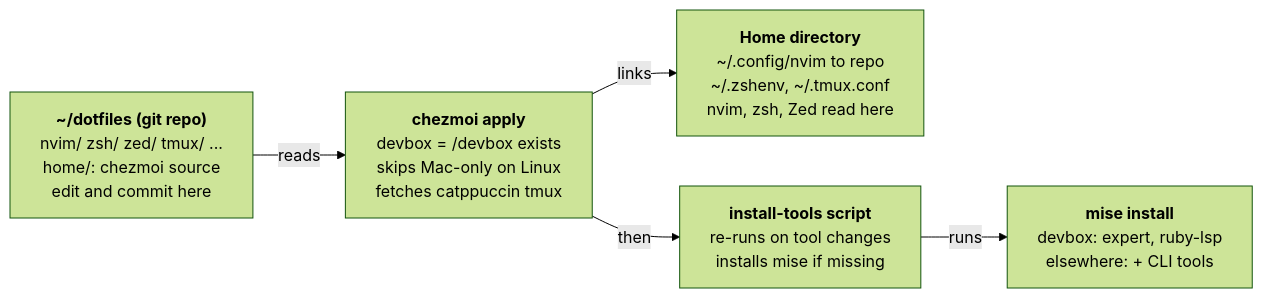
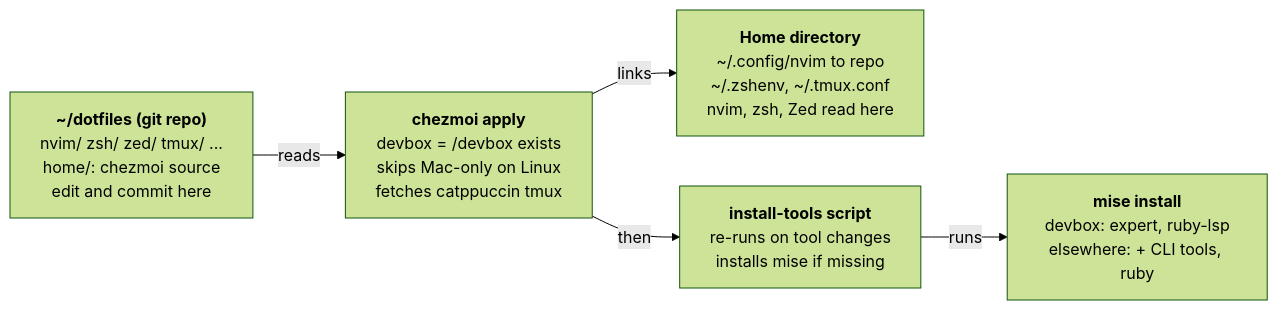
One commit to oddnugget/dotfiles changed the diagram in GUIDE.md. Above: the diagram before and after it, drawn with Mermaid (forest theme). The commit also changed other lines of this file and 5 other files, not shown here.

First line of the commit message:
Install ruby-lsp into each mise Ruby outside the devbox

````diff
--- a/GUIDE.md
+++ b/GUIDE.md
@@ -16,13 +16,13 @@
 ```mermaid
 flowchart LR
     repo["<b>~/dotfiles (git repo)</b><br/>nvim/ zsh/ zed/ tmux/ ...<br/>home/: chezmoi source<br/>edit and commit here"]
     chezmoi["<b>chezmoi apply</b><br/>devbox = /devbox exists<br/>skips Mac-only on Linux<br/>fetches catppuccin tmux"]
     home["<b>Home directory</b><br/>~/.config/nvim to repo<br/>~/.zshenv, ~/.tmux.conf<br/>nvim, zsh, Zed read here"]
     script["<b>install-tools script</b><br/>re-runs on tool changes<br/>installs mise if missing"]
-    mise["<b>mise install</b><br/>devbox: expert, ruby-lsp<br/>elsewhere: + CLI tools"]
+    mise["<b>mise install</b><br/>devbox: expert, ruby-lsp<br/>elsewhere: + CLI tools, ruby"]
 
     repo -- reads --> chezmoi
     chezmoi -- links --> home
     chezmoi -- then --> script
     script -- runs --> mise
 ```
````
